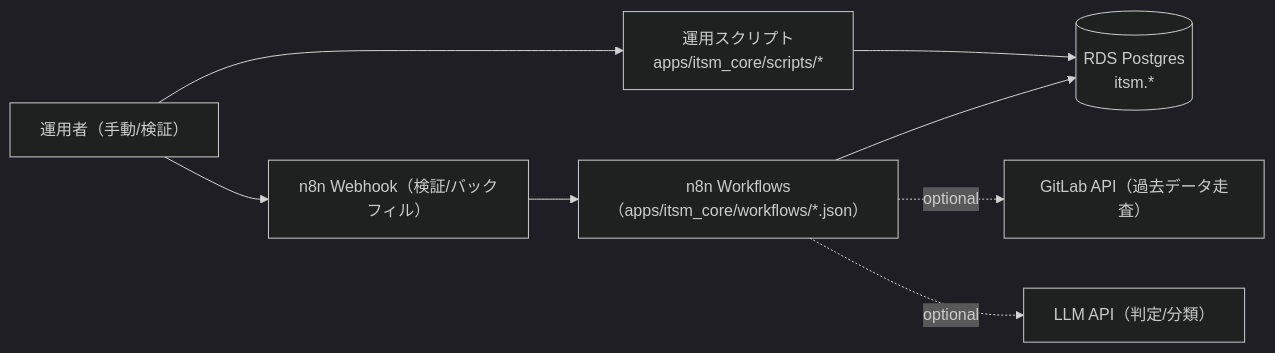
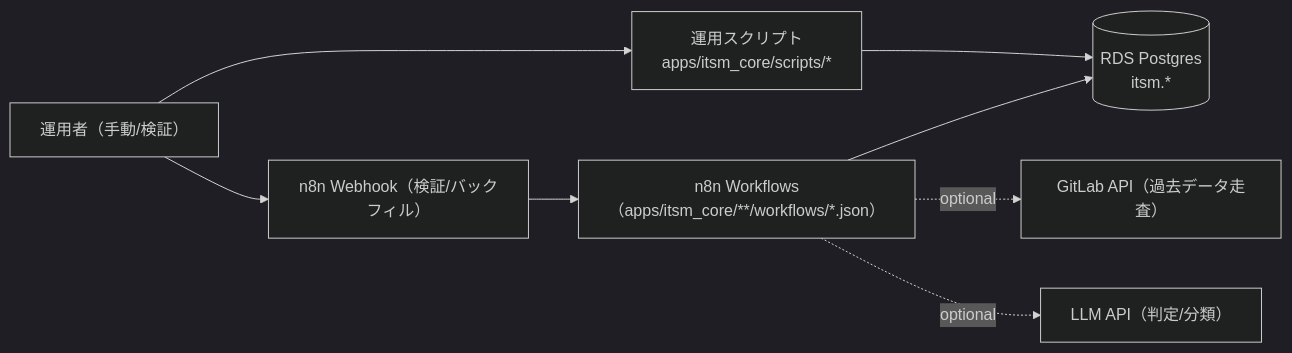
The diagram in apps/itsm_core/README.md (smic-aiops/aiops-agent), drawn with Mermaid (dark theme) before and after one commit. The commit also changed other lines of this file and 325 other files, not shown here.

Commit message:
Reorganize ITSM integrations under itsm_core

````diff
--- a/apps/itsm_core/README.md
+++ b/apps/itsm_core/README.md
@@ -55,11 +55,11 @@
 ```mermaid
 flowchart LR
   Operator[運用者（手動/検証）] --> Scripts["運用スクリプト<br/>apps/itsm_core/scripts/*"]
   Scripts --> DB[(RDS Postgres<br/>itsm.*)]
 
   Operator --> Webhook["n8n Webhook（検証/バックフィル）"]
-  Webhook --> WF[n8n Workflows（apps/itsm_core/workflows/*.json）]
+  Webhook --> WF[n8n Workflows（apps/itsm_core/**/workflows/*.json）]
   WF --> DB
   WF -. optional .-> GitLab[GitLab API（過去データ走査）]
   WF -. optional .-> LLM[LLM API（判定/分類）]
 ```
````
